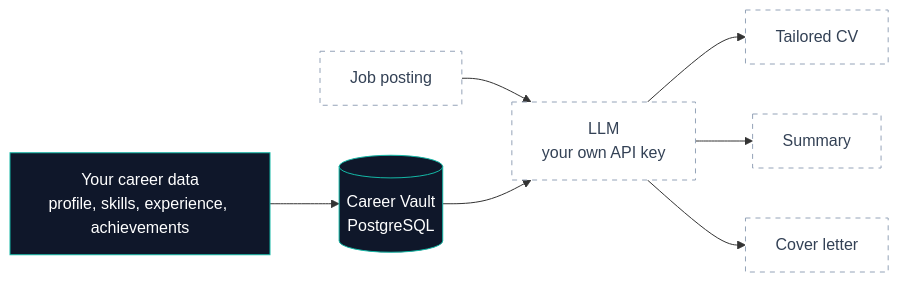
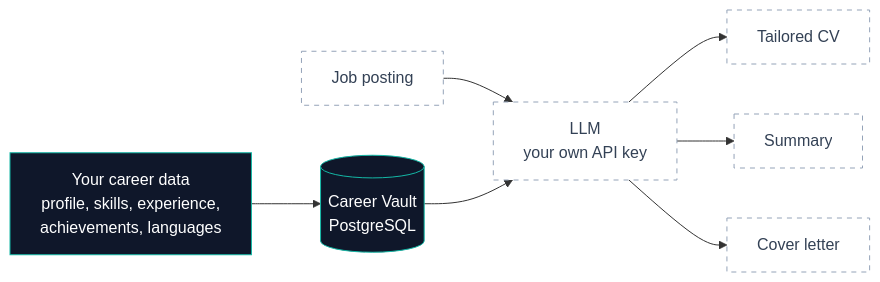
The first of 2 diagrams in README.md (GioStack/career-copilot), drawn with Mermaid before and after one commit. The commit also changed other lines of this file, not shown here.

Commit message:
docs: add languages to README status

````diff
--- a/README.md
+++ b/README.md
@@ -15,14 +15,14 @@
 ```mermaid
 flowchart LR
-    A["Your career data<br/>profile, skills, experience, achievements"] --> B[("Career Vault<br/>PostgreSQL")]
+    A["Your career data<br/>profile, skills, experience,<br/>achievements, languages"] --> B[("Career Vault<br/>PostgreSQL")]
     J["Job posting"] --> C["LLM<br/>your own API key"]
     B --> C
     C --> D["Tailored CV"]
     C --> E["Summary"]
     C --> F["Cover letter"]
 
     classDef done fill:#0F172A,stroke:#14B8A6,color:#fff
     classDef next fill:#fff,stroke:#94A3B8,color:#334155,stroke-dasharray: 5 5
     class A,B done
     class J,C,D,E,F next
 ```
````
